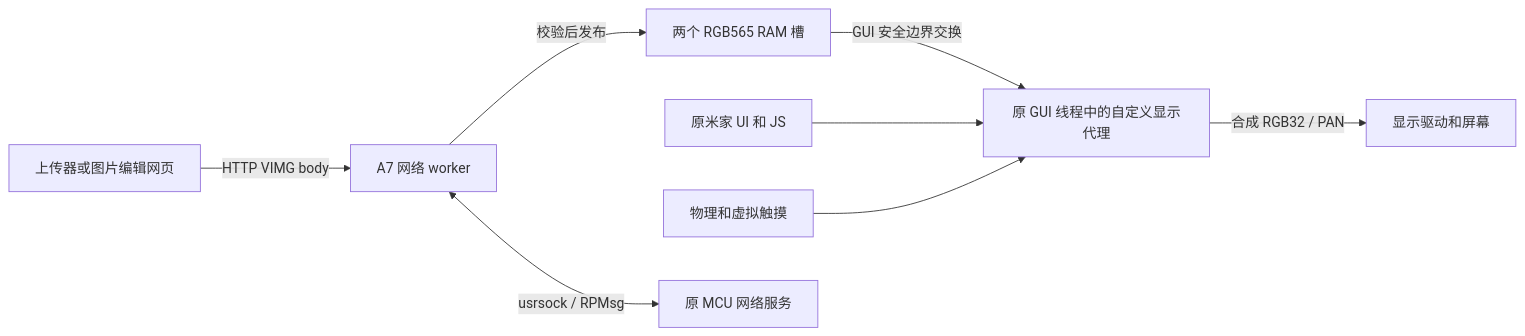
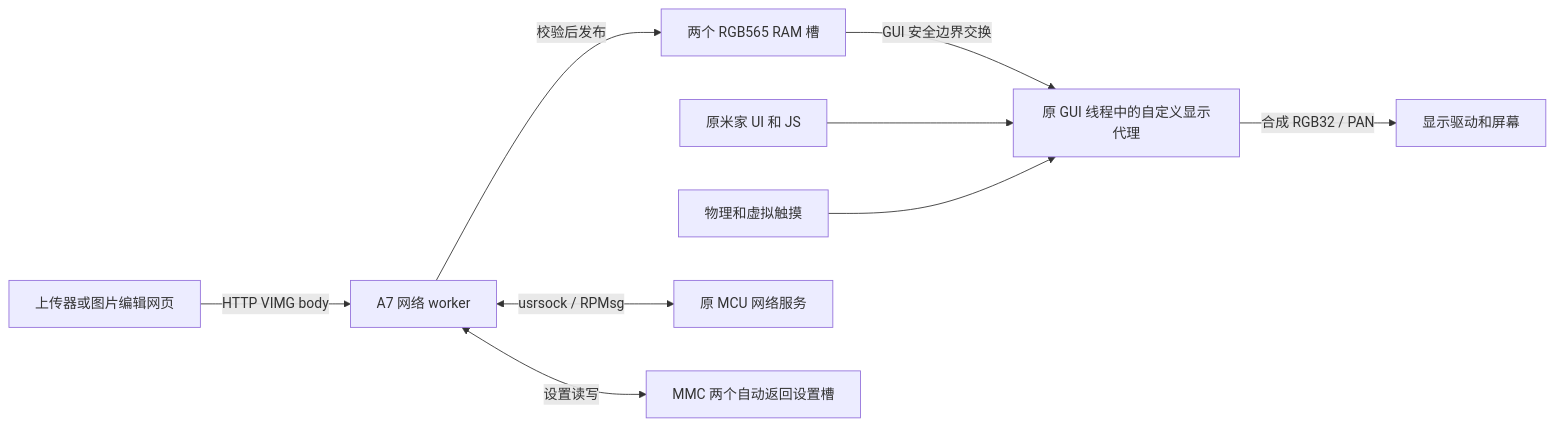
The diagram in docs/architecture.md (vilicvane/xiaomi.controller.86v1), drawn with Mermaid before and after one commit. The commit also changed other lines of this file and 30 other files, not shown here.

````diff
--- a/docs/architecture.md
+++ b/docs/architecture.md
@@ -23,10 +23,11 @@
 ```mermaid
 flowchart LR
     Client[上传器或图片编辑网页] -->|HTTP VIMG body| Worker[A7 网络 worker]
     Worker -->|校验后发布| Slots[两个 RGB565 RAM 槽]
     Slots -->|GUI 安全边界交换| GUI[原 GUI 线程中的自定义显示代理]
     Original[原米家 UI 和 JS] --> GUI
     Touch[物理和虚拟触摸] --> GUI
     GUI -->|合成 RGB32 / PAN| Screen[显示驱动和屏幕]
     Worker <-->|usrsock / RPMsg| MCU[原 MCU 网络服务]
+    Worker <-->|设置读写| Settings[MMC 两个自动返回设置槽]
 ```
````
